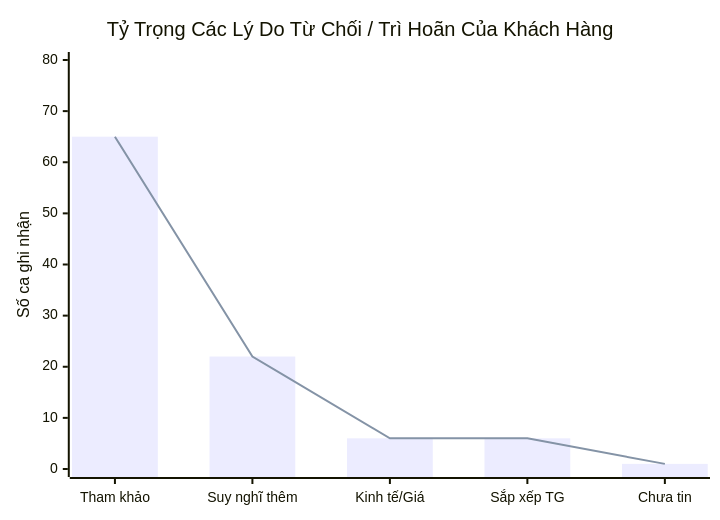
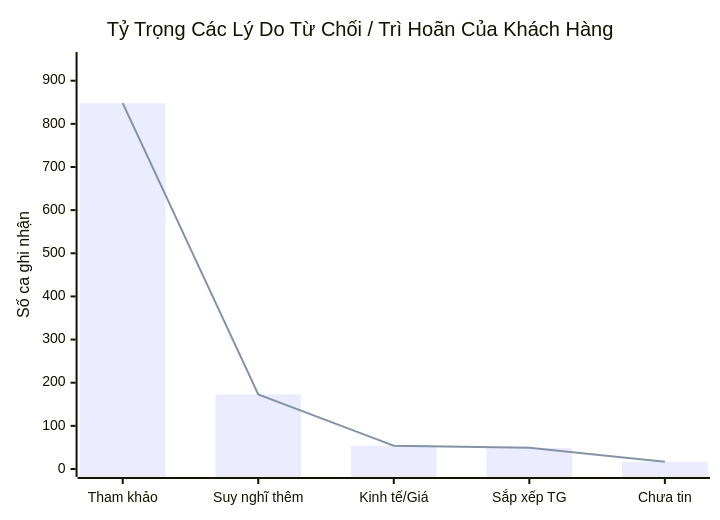
Before and after one commit to dai-duong-1992/nerci-wiki: the sixth of 8 diagrams in content/Pancake-Audit/2026-08-25-NERCI-Pancake-Omnichannel-Performance-Report.md, drawn with Mermaid. The commit also changed other lines of this file and 2 other files, not shown here.

````diff
--- a/content/Pancake-Audit/2026-08-25-NERCI-Pancake-Omnichannel-Performance-Report.md
+++ b/content/Pancake-Audit/2026-08-25-NERCI-Pancake-Omnichannel-Performance-Report.md
@@ -120,8 +129,8 @@
 ```mermaid
 xychart-beta
     title "Tỷ Trọng Các Lý Do Từ Chối / Trì Hoãn Của Khách Hàng"
     x-axis ["Tham khảo", "Suy nghĩ thêm", "Kinh tế/Giá", "Sắp xếp TG", "Chưa tin"]
-    y-axis "Số ca ghi nhận" 0 --> 80
-    bar [65, 22, 6, 6, 1]
-    line [65, 22, 6, 6, 1]
+    y-axis "Số ca ghi nhận" 0 --> 948
+    bar [848, 173, 54, 49, 17]
+    line [848, 173, 54, 49, 17]
 ```
````
